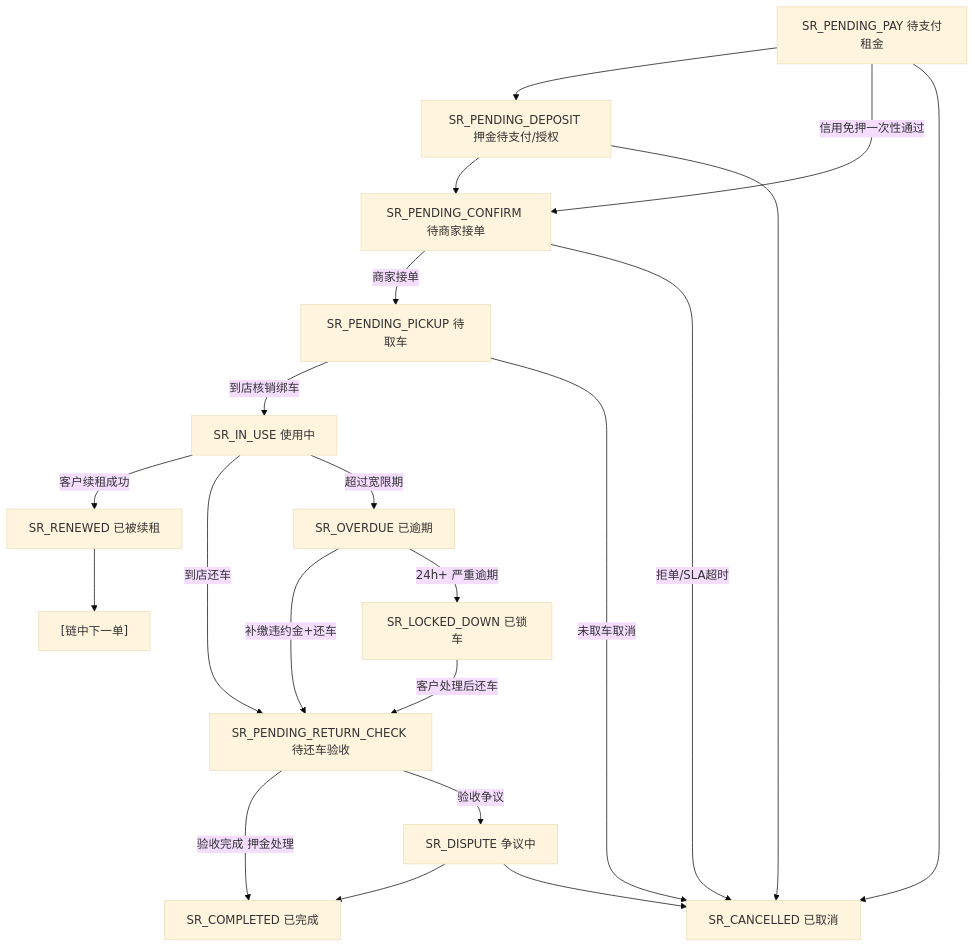
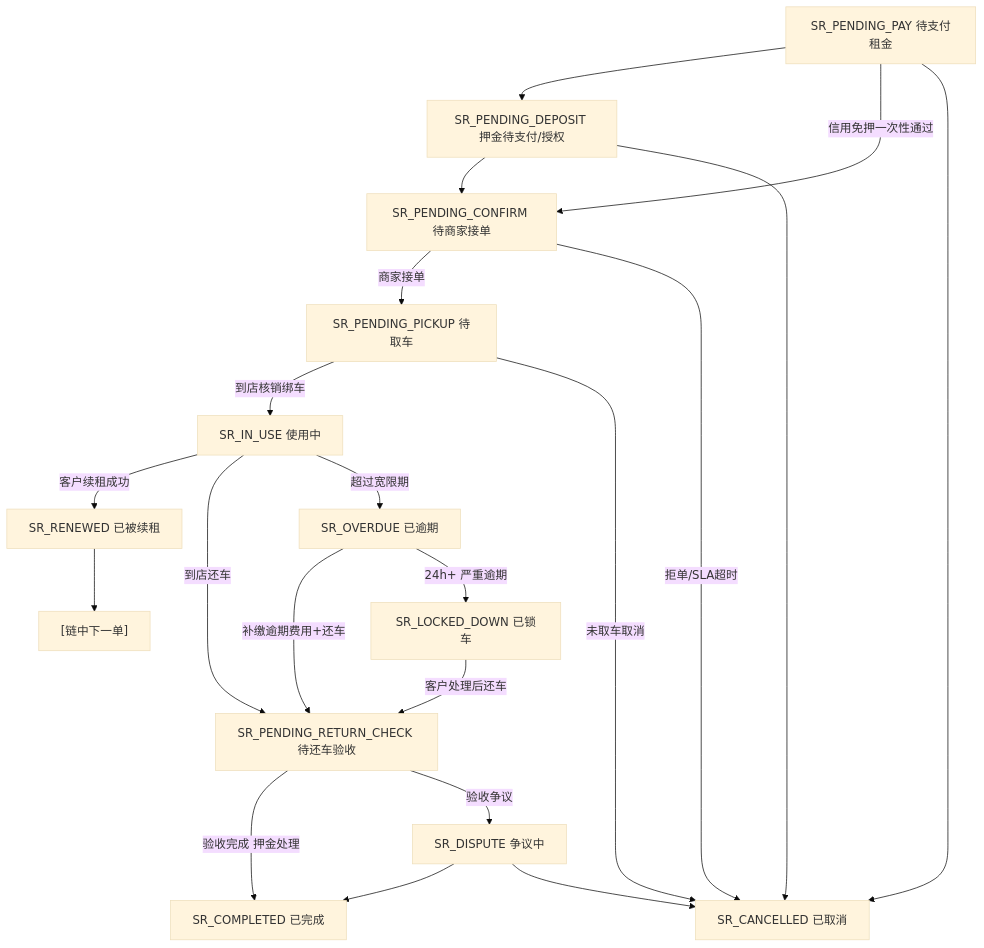
The second of 2 diagrams in PRD/V0.2/modules/全局/02_状态字典与订单状态机.md (joezjyan-bot/mandian-prd), drawn with Mermaid (base theme) before and after one commit. The commit also changed other lines of this file and 1 other file, not shown here.

````diff
--- a/PRD/V0.2/modules/全局/02_状态字典与订单状态机.md
+++ b/PRD/V0.2/modules/全局/02_状态字典与订单状态机.md
@@ -164,23 +209,23 @@
 ```mermaid
 flowchart TD
     A["SR_PENDING_PAY 待支付租金"] --> B["SR_PENDING_DEPOSIT 押金待支付/授权"]
     A -->|信用免押一次性通过| C["SR_PENDING_CONFIRM 待商家接单"]
     B --> C
     C -->|商家接单| D["SR_PENDING_PICKUP 待取车"]
     C -->|拒单/SLA超时| X1["SR_CANCELLED 已取消"]
     D -->|到店核销绑车| E["SR_IN_USE 使用中"]
     D -->|未取车取消| X1
     E -->|客户续租成功| F["SR_RENEWED 已被续租"]
     E -->|到店还车| G["SR_PENDING_RETURN_CHECK 待还车验收"]
     E -->|超过宽限期| H["SR_OVERDUE 已逾期"]
-    H -->|补缴违约金+还车| G
+    H -->|补缴逾期费用+还车| G
     H -->|24h+ 严重逾期| I["SR_LOCKED_DOWN 已锁车"]
     I -->|客户处理后还车| G
     F --> J["[链中下一单]"]
     G -->|验收完成 押金处理| K["SR_COMPLETED 已完成"]
     G -->|验收争议| Y["SR_DISPUTE 争议中"]
     Y --> K
     Y --> X1
     A --> X1
     B --> X1
 ```
````
